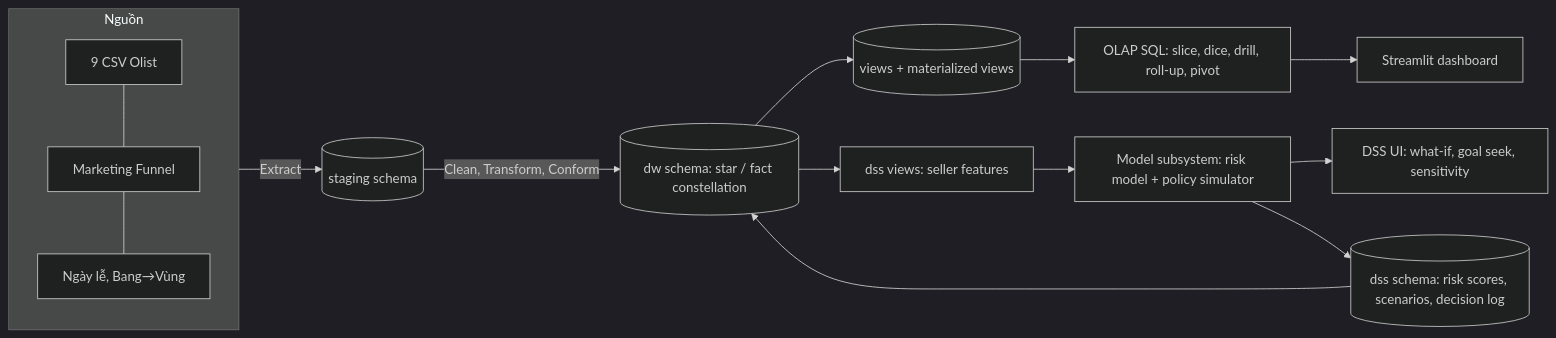
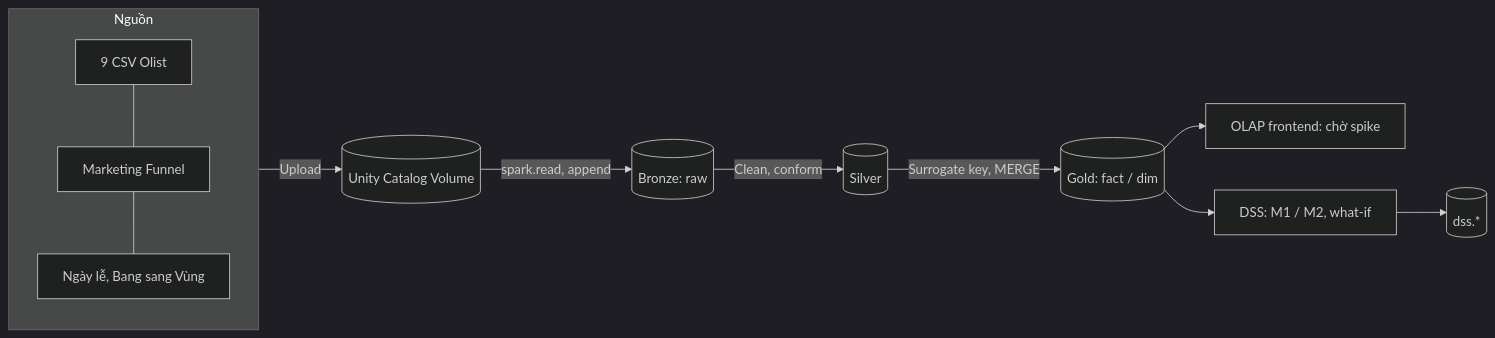
The first of 2 diagrams in docs/SPEC.md (toann1405/olist-dw-dss), drawn with Mermaid (dark theme) before and after one commit. The commit also changed other lines of this file and 20 other files, not shown here.

Commit message:
docs: switch architecture to databricks medallion

````diff
--- a/docs/SPEC.md
+++ b/docs/SPEC.md
@@ -133,16 +139,13 @@
 ```mermaid
 flowchart LR
   subgraph S[Nguồn]
-    A1[9 CSV Olist] --- A2[Marketing Funnel] --- A3[Ngày lễ, Bang→Vùng]
+    A1[9 CSV Olist] --- A2[Marketing Funnel] --- A3[Ngày lễ, Bang sang Vùng]
   end
-  S -->|Extract| ST[(staging schema)]
-  ST -->|Clean, Transform, Conform| DW[(dw schema: star / fact constellation)]
-  DW --> AG[(views + materialized views)]
-  AG --> OL[OLAP SQL: slice, dice, drill, roll-up, pivot]
-  OL --> UI[Streamlit dashboard]
-  DW --> DV[dss views: seller features]
-  DV --> M[Model subsystem: risk model + policy simulator]
-  M --> UI2[DSS UI: what-if, goal seek, sensitivity]
-  M --> DL[(dss schema: risk scores, scenarios, decision log)]
-  DL --> DW
+  S -->|Upload| V[(Unity Catalog Volume)]
+  V -->|spark.read, append| B[(Bronze: raw)]
+  B -->|Clean, conform| SI[(Silver)]
+  SI -->|Surrogate key, MERGE| G[(Gold: fact / dim)]
+  G --> OL[OLAP frontend: chờ spike]
+  G --> DSS[DSS: M1 / M2, what-if]
+  DSS --> DL[(dss.*)]
 ```
````
